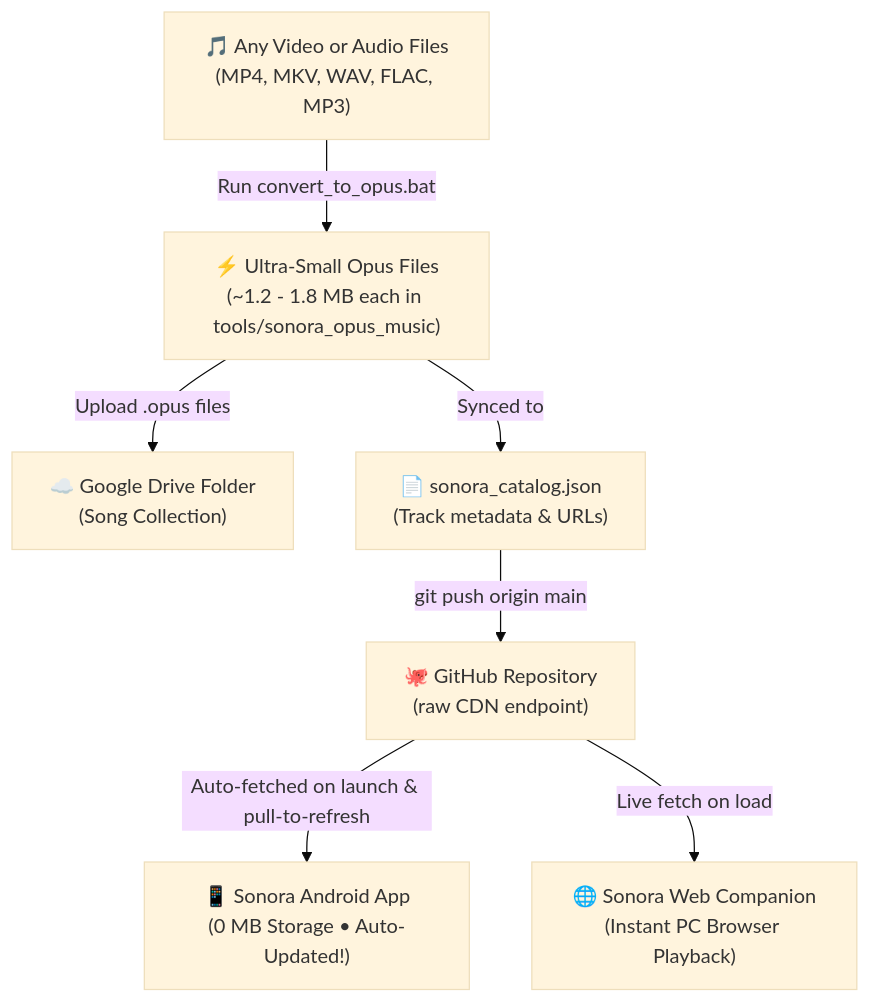
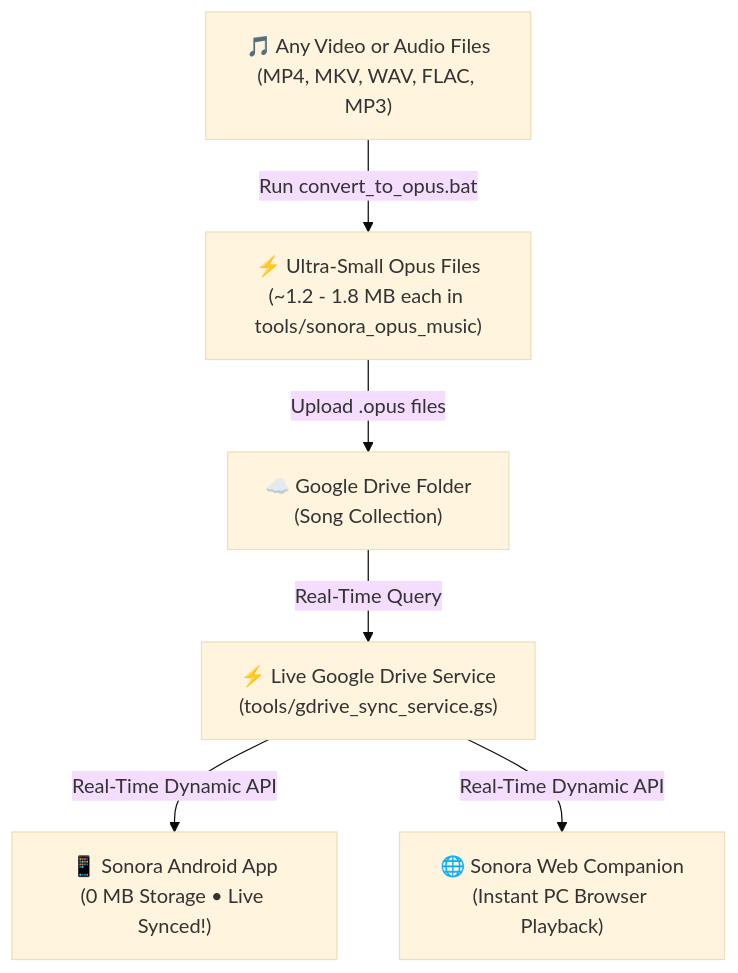
The diagram in README.md (DiptarkaSamanta/SONORA), drawn with Mermaid (base theme) before and after one commit. The commit also changed other lines of this file and 4 other files, not shown here.

Commit message:
refactor: eliminate static sonora_catalog.json in favor of 100% dynamic Google Drive sync

````diff
--- a/README.md
+++ b/README.md
@@ -40,9 +40,8 @@
 ```mermaid
 flowchart TD
     A["🎵 Any Video or Audio Files\n(MP4, MKV, WAV, FLAC, MP3)"] -->|Run convert_to_opus.bat| B["⚡ Ultra-Small Opus Files\n(~1.2 - 1.8 MB each in tools/sonora_opus_music)"]
     B -->|Upload .opus files| C["☁️ Google Drive Folder\n(Song Collection)"]
-    B -->|Synced to| D["📄 sonora_catalog.json\n(Track metadata & URLs)"]
-    D -->|git push origin main| E["🐙 GitHub Repository\n(raw CDN endpoint)"]
-    E -->|Auto-fetched on launch & pull-to-refresh| F["📱 Sonora Android App\n(0 MB Storage • Auto-Updated!)"]
-    E -->|Live fetch on load| G["🌐 Sonora Web Companion\n(Instant PC Browser Playback)"]
+    C -->|Real-Time Query| D["⚡ Live Google Drive Service\n(tools/gdrive_sync_service.gs)"]
+    D -->|Real-Time Dynamic API| F["📱 Sonora Android App\n(0 MB Storage • Live Synced!)"]
+    D -->|Real-Time Dynamic API| G["🌐 Sonora Web Companion\n(Instant PC Browser Playback)"]
 ```
````
